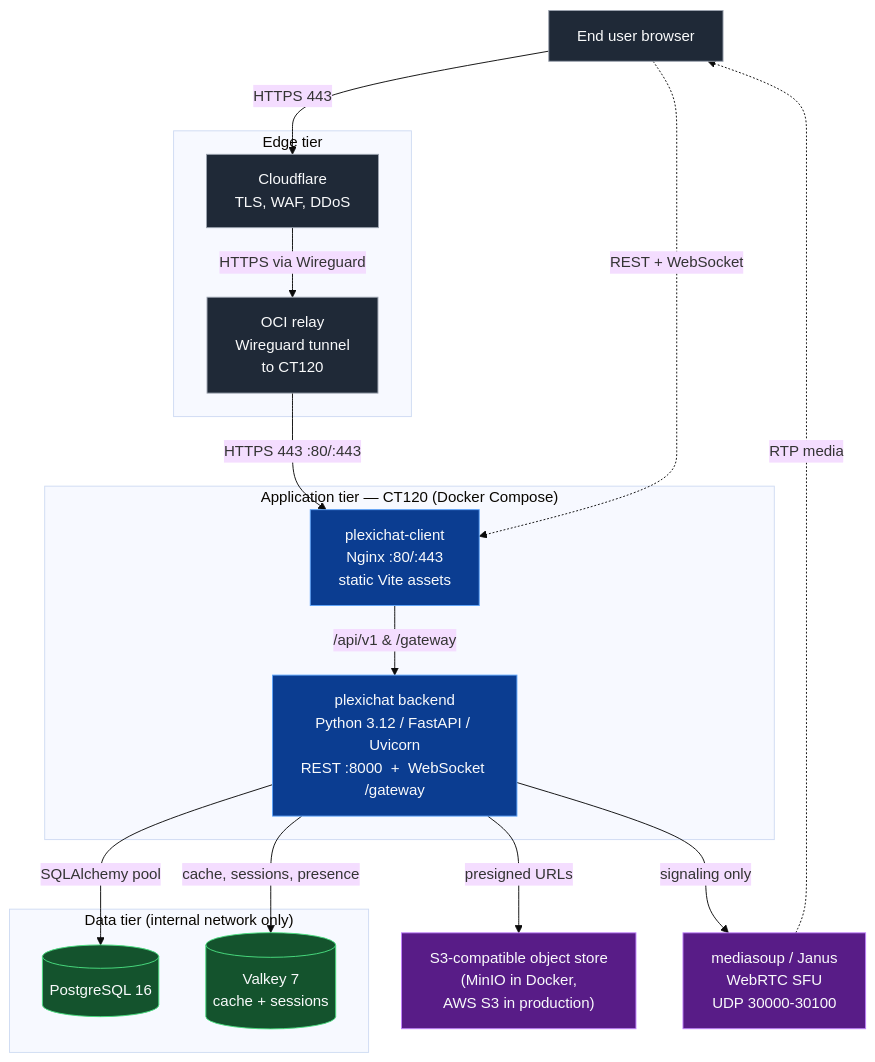
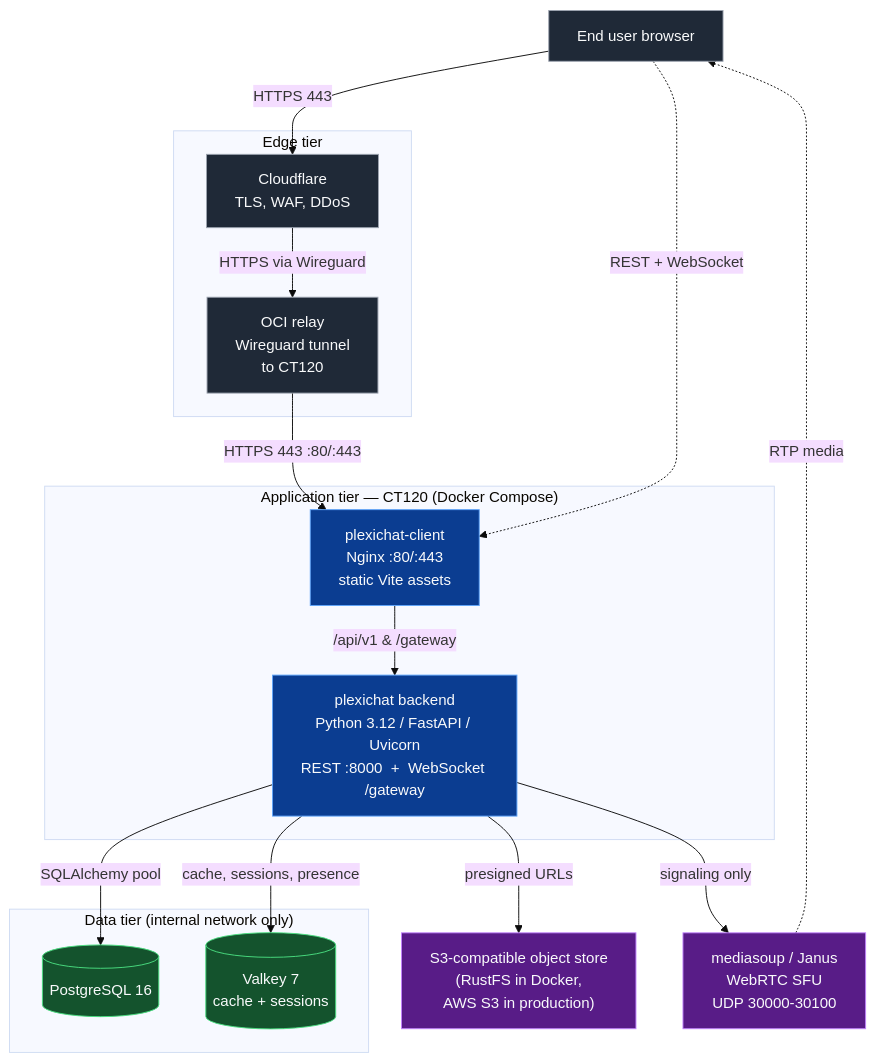
Before and after one commit to plexichat/plexichat: the diagram in docs/deployment/overview.md, drawn with Mermaid (base theme). The commit also changed other lines of this file and 23 other files, not shown here.

````diff
--- a/docs/deployment/overview.md
+++ b/docs/deployment/overview.md
@@ -18,38 +18,38 @@
 ```mermaid
 flowchart TB
     classDef edge fill:#1f2937,stroke:#9ca3af,color:#f9fafb
     classDef app fill:#0b3d91,stroke:#60a5fa,color:#f9fafb
     classDef data fill:#14532d,stroke:#4ade80,color:#f9fafb
     classDef media fill:#581c87,stroke:#c084fc,color:#f9fafb
 
     Browser["End user browser"]:::edge
 
     subgraph Edge["Edge tier"]
         CF["Cloudflare<br/>TLS, WAF, DDoS"]:::edge
         OCI["OCI relay<br/>Wireguard tunnel<br/>to CT120"]:::edge
     end
 
     subgraph App["Application tier  —  CT120 (Docker Compose)"]
         Nginx["plexichat-client<br/>Nginx :80/:443<br/>static Vite assets"]:::app
         API["plexichat backend<br/>Python 3.12 / FastAPI / Uvicorn<br/>REST :8000  +  WebSocket /gateway"]:::app
     end
 
     subgraph Data["Data tier (internal network only)"]
         PG[("PostgreSQL 16")]:::data
         RD[("Valkey 7<br/>cache + sessions")]:::data
     end
 
-    Bucket["S3-compatible object store<br/>(MinIO in Docker,<br/>AWS S3 in production)"]:::media
+    Bucket["S3-compatible object store<br/>(RustFS in Docker,<br/>AWS S3 in production)"]:::media
     SFU["mediasoup / Janus<br/>WebRTC SFU<br/>UDP 30000-30100"]:::media
 
     Browser -->|HTTPS 443| CF
     CF -->|HTTPS via Wireguard| OCI
     OCI -->|HTTPS 443 :80/:443| Nginx
     Browser -.->|REST + WebSocket| Nginx
     Nginx -->|/api/v1  &  /gateway| API
     API -->|SQLAlchemy pool| PG
     API -->|cache, sessions, presence| RD
     API -->|presigned URLs| Bucket
     API -->|signaling only| SFU
     SFU -.->|RTP media| Browser
 ```
````
